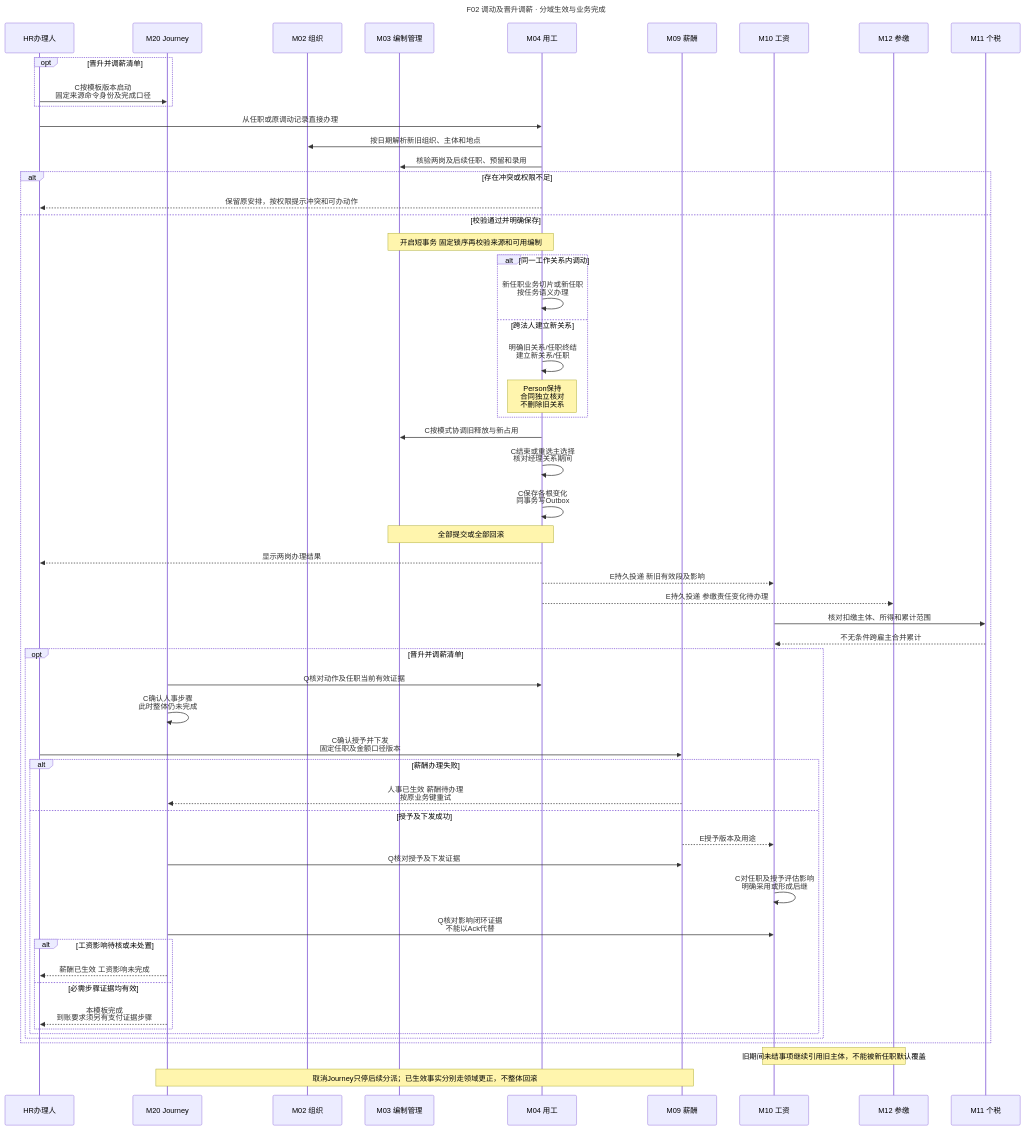
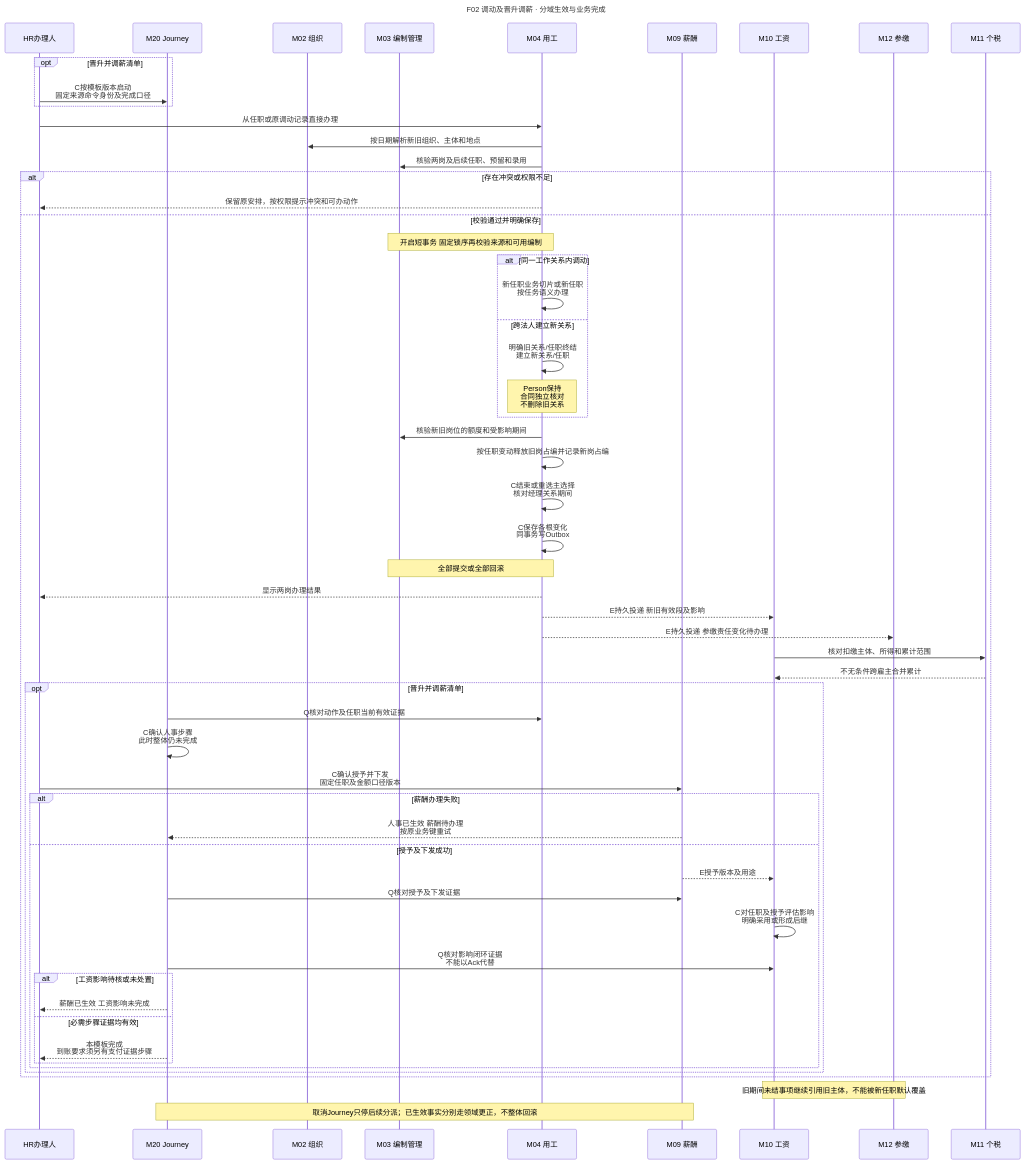
One commit to jacksonlee411/CHNHCM-P changed the diagram in docs/architecture/target/diagrams/f02-transfer.mmd. Above: the diagram before and after it, drawn with Mermaid. The commit also changed 62 other files, not shown here.

```diff
--- a/docs/architecture/target/diagrams/f02-transfer.mmd
+++ b/docs/architecture/target/diagrams/f02-transfer.mmd
@@ -1,59 +1,60 @@
 ---
 title: F02 调动及晋升调薪 · 分域生效与业务完成
 ---
 sequenceDiagram
   participant H as HR办理人
   participant J as M20 Journey
   participant O as M02 组织
   participant Q as M03 编制管理
   participant E as M04 用工
   participant C as M09 薪酬
   participant Y as M10 工资
   participant S as M12 参缴
   participant T as M11 个税
   opt 晋升并调薪清单
     H->>J: C按模板版本启动<br/>固定来源命令身份及完成口径
   end
   H->>E: 从任职或原调动记录直接办理
   E->>O: 按日期解析新旧组织、主体和地点
   E->>Q: 核验两岗及后续任职、预留和录用
   alt 存在冲突或权限不足
     E-->>H: 保留原安排，按权限提示冲突和可办动作
   else 校验通过并明确保存
     Note over Q,E: 开启短事务 固定锁序再校验来源和可用编制
     alt 同一工作关系内调动
       E->>E: 新任职业务切片或新任职<br/>按任务语义办理
     else 跨法人建立新关系
       E->>E: 明确旧关系/任职终结<br/>建立新关系/任职
       Note over E: Person保持<br/>合同独立核对<br/>不删除旧关系
     end
-    E->>Q: C按模式协调旧释放与新占用
+    E->>Q: 核验新旧岗位的额度和受影响期间
+    E->>E: 按任职变动释放旧岗占编并记录新岗占编
     E->>E: C结束或重选主选择<br/>核对经理关系期间
     E->>E: C保存各根变化<br/>同事务写Outbox
     Note over Q,E: 全部提交或全部回滚
     E-->>H: 显示两岗办理结果
     E-->>Y: E持久投递 新旧有效段及影响
     E-->>S: E持久投递 参缴责任变化待办理
     Y->>T: 核对扣缴主体、所得和累计范围
     T-->>Y: 不无条件跨雇主合并累计
     opt 晋升并调薪清单
       J->>E: Q核对动作及任职当前有效证据
       J->>J: C确认人事步骤<br/>此时整体仍未完成
       H->>C: C确认授予并下发<br/>固定任职及金额口径版本
       alt 薪酬办理失败
         C-->>J: 人事已生效 薪酬待办理<br/>按原业务键重试
       else 授予及下发成功
         C-->>Y: E授予版本及用途
         J->>C: Q核对授予及下发证据
         Y->>Y: C对任职及授予评估影响<br/>明确采用或形成后继
         J->>Y: Q核对影响闭环证据<br/>不能以Ack代替
         alt 工资影响待核或未处置
           J-->>H: 薪酬已生效 工资影响未完成
         else 必需步骤证据均有效
           J-->>H: 本模板完成<br/>到账要求须另有支付证据步骤
         end
       end
     end
   end
   Note over Y,S: 旧期间未结事项继续引用旧主体，不能被新任职默认覆盖
   Note over J,C: 取消Journey只停后续分派；已生效事实分别走领域更正，不整体回滚
```
